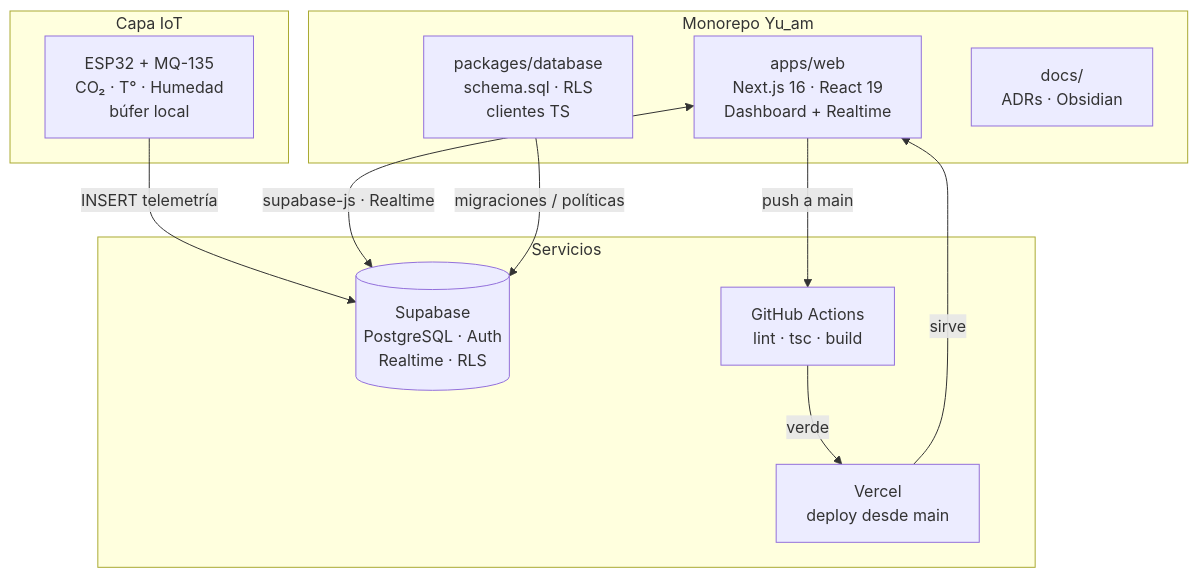
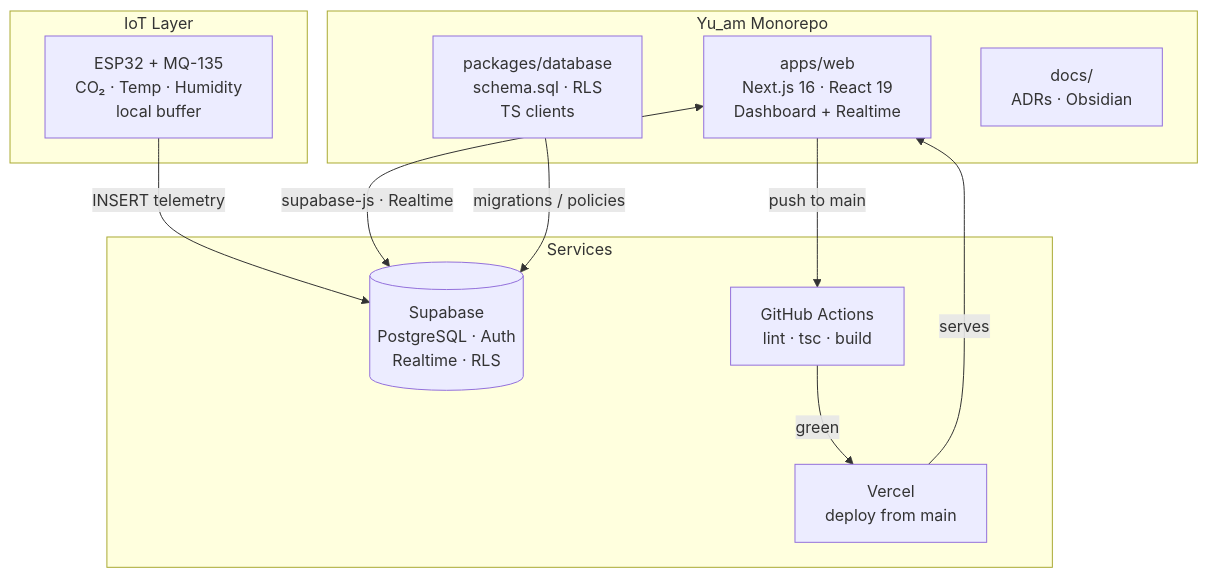
Before and after one commit to Alexzz-19/Yu_am: the diagram in README.md, drawn with Mermaid. The commit also changed other lines of this file and 1 other file, not shown here.

````diff
--- a/README.md
+++ b/README.md
@@ -13,22 +15,22 @@
 ```mermaid
 flowchart TB
-    subgraph IoT["Capa IoT"]
-        ESP32["ESP32 + MQ-135<br/>CO₂ · T° · Humedad<br/>búfer local"]
+    subgraph IoT["IoT Layer"]
+        ESP32["ESP32 + MQ-135<br/>CO₂ · Temp · Humidity<br/>local buffer"]
     end
-    subgraph Mono["Monorepo Yu_am"]
+    subgraph Mono["Yu_am Monorepo"]
         AW["apps/web<br/>Next.js 16 · React 19<br/>Dashboard + Realtime"]
-        PDB["packages/database<br/>schema.sql · RLS<br/>clientes TS"]
+        PDB["packages/database<br/>schema.sql · RLS<br/>TS clients"]
         DOCS["docs/<br/>ADRs · Obsidian"]
     end
-    subgraph Cloud["Servicios"]
+    subgraph Cloud["Services"]
         SUP[("Supabase<br/>PostgreSQL · Auth<br/>Realtime · RLS")]
-        VERCEL["Vercel<br/>deploy desde main"]
+        VERCEL["Vercel<br/>deploy from main"]
         CI["GitHub Actions<br/>lint · tsc · build"]
     end
-    ESP32 -->|"INSERT telemetría"| SUP
+    ESP32 -->|"INSERT telemetry"| SUP
     AW <-->|"supabase-js · Realtime"| SUP
-    PDB -->|"migraciones / políticas"| SUP
-    AW -->|"push a main"| CI
-    CI -->|"verde"| VERCEL
-    VERCEL -->|"sirve"| AW
+    PDB -->|"migrations / policies"| SUP
+    AW -->|"push to main"| CI
+    CI -->|"green"| VERCEL
+    VERCEL -->|"serves"| AW
 ```
````
